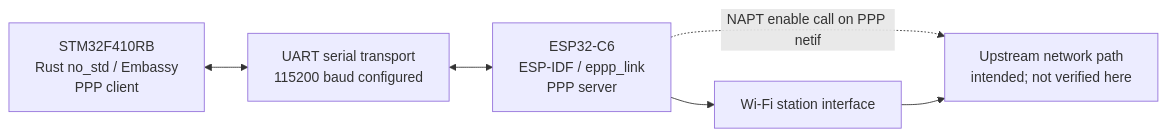
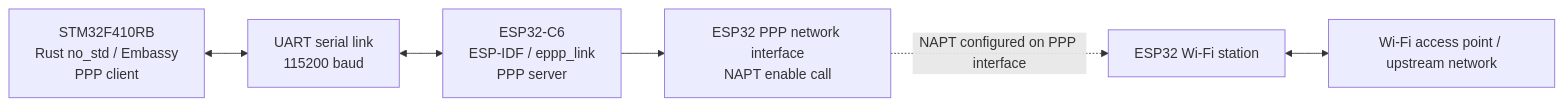
The diagram in README.md (khalidmk27/ESP32C6-STM32F410RB-PPP-BRIDGE), drawn with Mermaid before and after one commit. The commit also changed other lines of this file, not shown here.

````diff
--- a/README.md
+++ b/README.md
@@ -25,14 +33,15 @@
 ```mermaid
 flowchart LR
     STM[STM32F410RB<br/>Rust no_std / Embassy<br/>PPP client]
-    UART[UART serial transport<br/>115200 baud configured]
+    UART[UART serial link<br/>115200 baud]
     ESP[ESP32-C6<br/>ESP-IDF / eppp_link<br/>PPP server]
-    WIFI[Wi-Fi station interface]
-    NET[Upstream network path<br/>intended; not verified here]
+    PIF[ESP32 PPP network interface<br/>NAPT enable call]
+    WIFI[ESP32 Wi-Fi station]
+    AP[Wi-Fi access point / upstream network]
 
     STM <--> UART
     UART <--> ESP
-    ESP --> WIFI
-    ESP -. "NAPT enable call on PPP netif" .-> NET
-    WIFI --> NET
+    ESP --> PIF
+    PIF -. NAPT configured on PPP interface .-> WIFI
+    WIFI <--> AP
 ```
````
